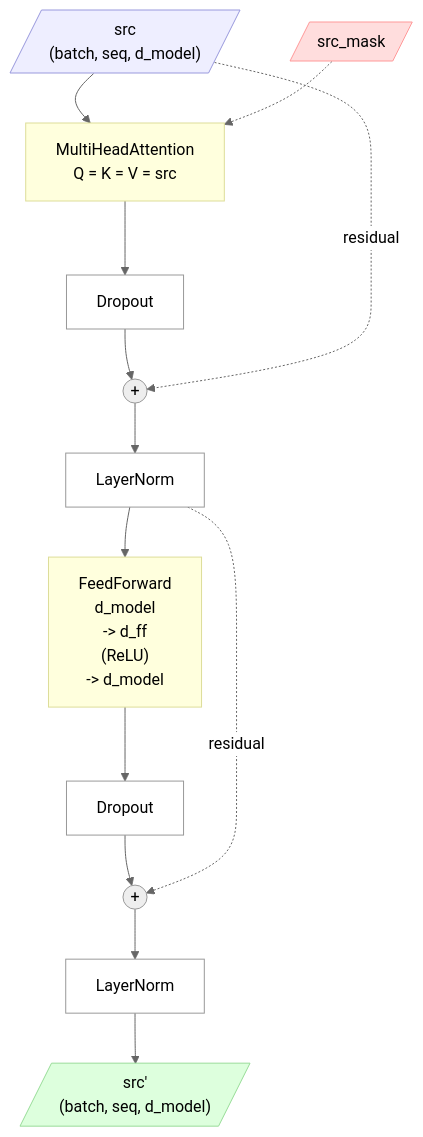
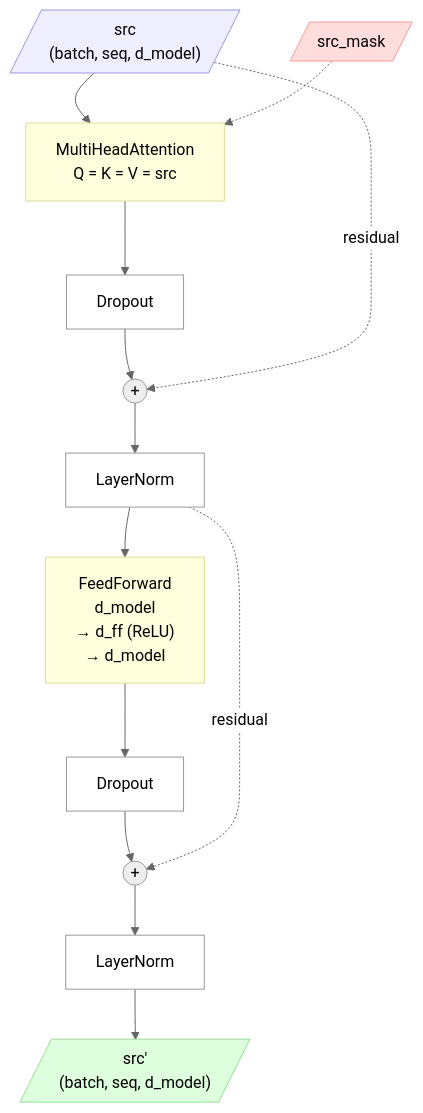
The first of 2 diagrams in transformer/docs/architecture/encoder.md (SamyamoyRakshit/papers-from-scratch), drawn with Mermaid (neutral theme) before and after one commit.

Commit message:
fix: Update FeedForward layer flowchart syntax for consistency

````diff
--- a/transformer/docs/architecture/encoder.md
+++ b/transformer/docs/architecture/encoder.md
@@ -56,30 +56,30 @@
 ```mermaid
 flowchart TD
     IN[/"src<br/>(batch, seq, d_model)"/]
     MASK[/"src_mask"/]
 
     IN --> SA["MultiHeadAttention<br/>Q = K = V = src"]
     MASK -.-> SA
     SA --> D1["Dropout"]
     D1 --> ADD1(("+"))
     IN -.->|"residual"| ADD1
     ADD1 --> N1["LayerNorm"]
 
-    N1 --> FF["FeedForward<br/>d_model<br/>-> d_ff<br/>(ReLU)<br/>-> d_model"]
+    N1 --> FF["FeedForward<br/>d_model<br/>→ d_ff (ReLU)<br/>→ d_model"]
     FF --> D2["Dropout"]
     D2 --> ADD2(("+"))
     N1 -.->|"residual"| ADD2
     ADD2 --> N2["LayerNorm"]
 
     N2 --> OUT[/"src'<br/>(batch, seq, d_model)"/]
 
     style IN fill:#eef,stroke:#99d,color:#000
     style OUT fill:#dfd,stroke:#9d9,color:#000
     style MASK fill:#fdd,stroke:#f99,color:#000
     style SA fill:#ffd,stroke:#dd9,color:#000
     style FF fill:#ffd,stroke:#dd9,color:#000
     style D1 fill:#fff,stroke:#999,color:#000
     style D2 fill:#fff,stroke:#999,color:#000
     style N1 fill:#fff,stroke:#999,color:#000
     style N2 fill:#fff,stroke:#999,color:#000
 ```
````
